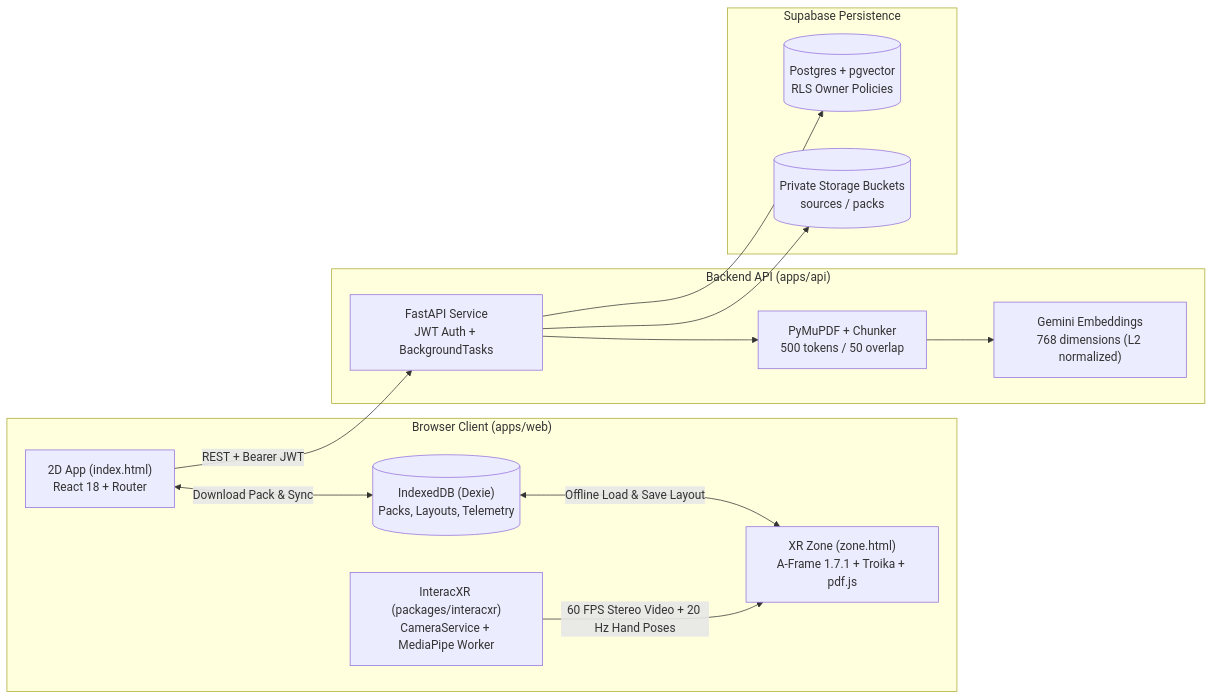
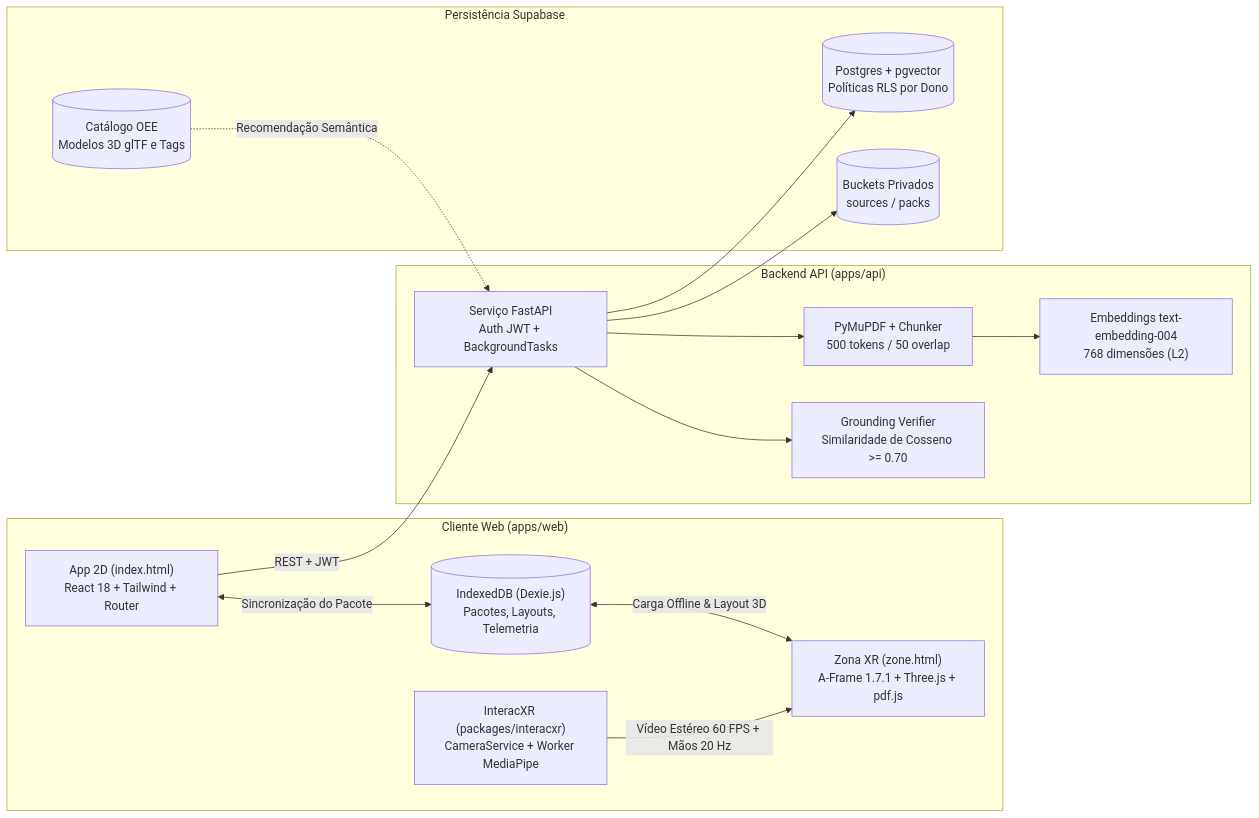
One commit to jaopaulomilitao/imagginai changed the diagram in README.md. Above: the diagram before and after it, drawn with Mermaid. The commit also changed other lines of this file and 5 other files, not shown here.

````diff
--- a/README.md
+++ b/README.md
@@ -21,29 +25,32 @@
 ```mermaid
 flowchart LR
-  subgraph Client["Browser Client (apps/web)"]
-    PWA["2D App (index.html)\nReact 18 + Router"]
-    Dexie[("IndexedDB (Dexie)\nPacks, Layouts, Telemetry")]
-    XR["XR Zone (zone.html)\nA-Frame 1.7.1 + Troika + pdf.js"]
-    IXR["InteracXR (packages/interacxr)\nCameraService + MediaPipe Worker"]
+  subgraph Client["Cliente Web (apps/web)"]
+    PWA["App 2D (index.html)\nReact 18 + Tailwind + Router"]
+    Dexie[("IndexedDB (Dexie.js)\nPacotes, Layouts, Telemetria")]
+    XR["Zona XR (zone.html)\nA-Frame 1.7.1 + Three.js + pdf.js"]
+    IXR["InteracXR (packages/interacxr)\nCameraService + Worker MediaPipe"]
   end
 
   subgraph Backend["Backend API (apps/api)"]
-    FastAPI["FastAPI Service\nJWT Auth + BackgroundTasks"]
+    FastAPI["Serviço FastAPI\nAuth JWT + BackgroundTasks"]
     Ingest["PyMuPDF + Chunker\n500 tokens / 50 overlap"]
-    Embed["Gemini Embeddings\n768 dimensions (L2 normalized)"]
+    Embed["Embeddings text-embedding-004\n768 dimensões (L2)"]
+    Verifier["Grounding Verifier\nSimilaridade de Cosseno >= 0.70"]
   end
 
-  subgraph Cloud["Supabase Persistence"]
-    PG[("Postgres + pgvector\nRLS Owner Policies")]
-    Storage[("Private Storage Buckets\nsources / packs")]
+  subgraph Cloud["Persistência Supabase"]
+    PG[("Postgres + pgvector\nPolíticas RLS por Dono")]
+    Storage[("Buckets Privados\nsources / packs")]
+    Cat[("Catálogo OEE\nModelos 3D glTF e Tags")]
   end
 
-  PWA -->|"REST + Bearer JWT"| FastAPI
-  FastAPI --> Ingest
-  Ingest --> Embed
+  PWA -->|"REST + JWT"| FastAPI
+  FastAPI --> Ingest --> Embed
+  FastAPI --> Verifier
   FastAPI --> PG
   FastAPI --> Storage
-  PWA <-->|"Download Pack & Sync"| Dexie
-  Dexie <-->|"Offline Load & Save Layout"| XR
-  IXR -->|"60 FPS Stereo Video + 20 Hz Hand Poses"| XR
+  Cat -.->|"Recomendação Semântica"| FastAPI
+  PWA <-->|"Sincronização do Pacote"| Dexie
+  Dexie <-->|"Carga Offline & Layout 3D"| XR
+  IXR -->|"Vídeo Estéreo 60 FPS + Mãos 20 Hz"| XR
 ```
````
